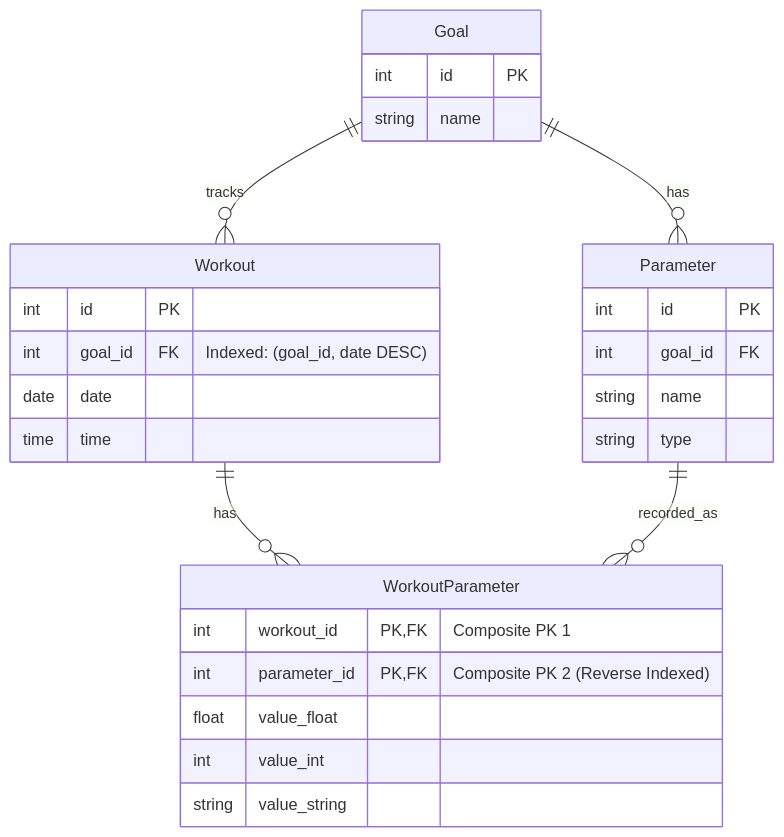
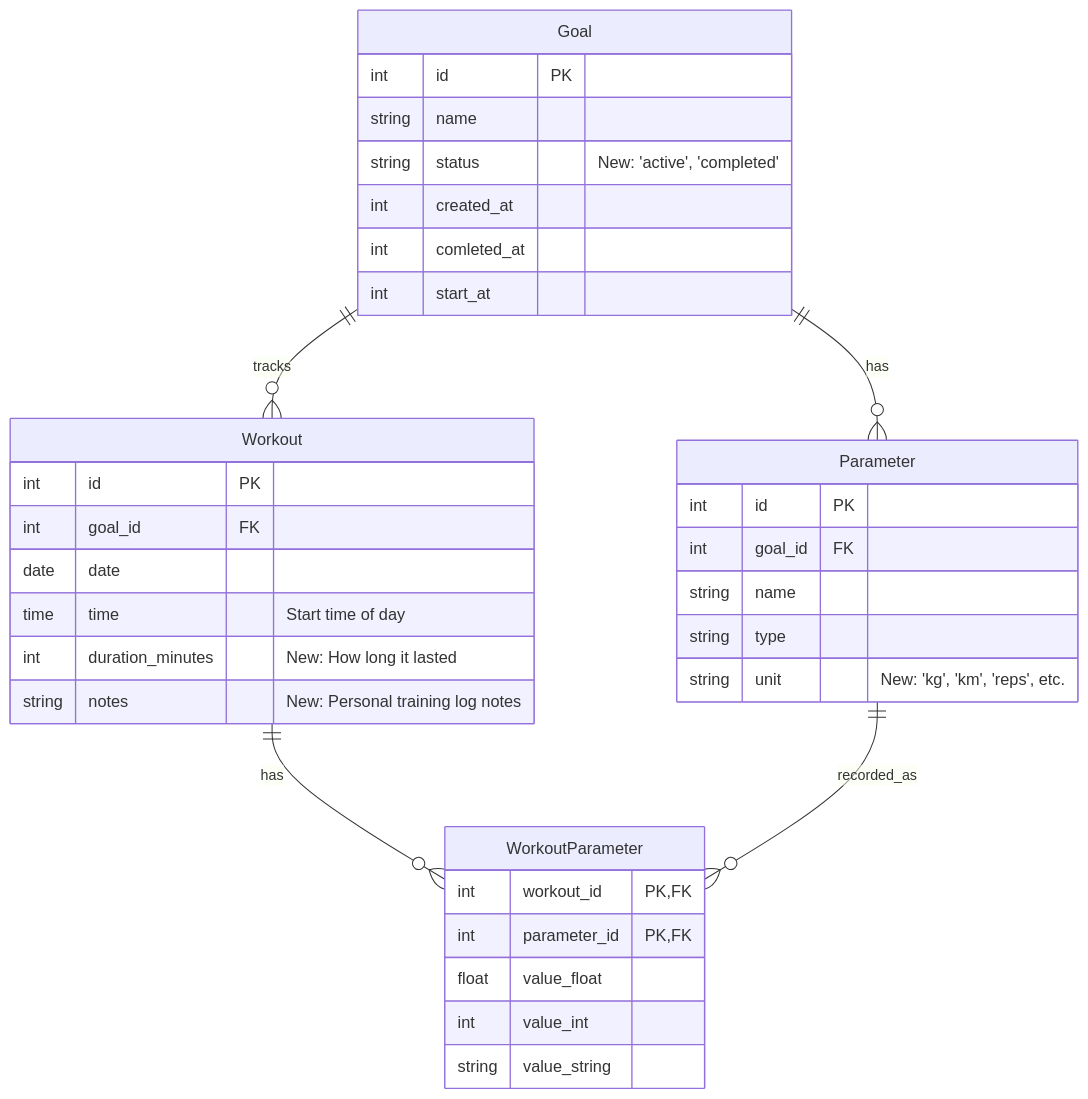
One commit to chawza/Workout changed the diagram in docs/model_structure.md. Above: the diagram before and after it, drawn with Mermaid.

````diff
--- a/docs/model_structure.md
+++ b/docs/model_structure.md
@@ -28,34 +28,41 @@
 ```mermaid
 erDiagram
-    Goal ||--o{ Parameter : "has"
-    Goal ||--o{ Workout : "tracks"
-    Workout ||--o{ WorkoutParameter : "has"
-    Parameter ||--o{ WorkoutParameter : "recorded_as"
+   Goal ||--o{ Parameter : "has"
+   Goal ||--o{ Workout : "tracks"
+   Workout ||--o{ WorkoutParameter : "has"
+   Parameter ||--o{ WorkoutParameter : "recorded_as"
 
-    Goal {
-        int id PK
-        string name
-    }
+   Goal {
+      int id PK
+      string name
+      string status "New: 'active', 'completed'"
+      int created_at
+      int comleted_at
+      int start_at 
+   }
 
-    Parameter {
-        int id PK
-        int goal_id FK
-        string name
-        string type
-    }
+   Parameter {
+      int id PK
+      int goal_id FK
+      string name
+      string type
+      string unit "New: 'kg', 'km', 'reps', etc."
+   }
 
-    Workout {
-        int id PK
-        int goal_id FK "Indexed: (goal_id, date DESC)"
-        date date
-        time time
-    }
+   Workout {
+      int id PK
+      int goal_id FK
+      date date
+      time time "Start time of day"
+      int duration_minutes "New: How long it lasted"
+      string notes "New: Personal training log notes"
+   }
 
-    WorkoutParameter {
-        int workout_id PK, FK "Composite PK 1"
-        int parameter_id PK, FK "Composite PK 2 (Reverse Indexed)"
-        float value_float
-        int value_int
-        string value_string
-    }
+   WorkoutParameter {
+      int workout_id PK, FK
+      int parameter_id PK, FK
+      float value_float
+      int value_int
+      string value_string
+   }
 ```
````
